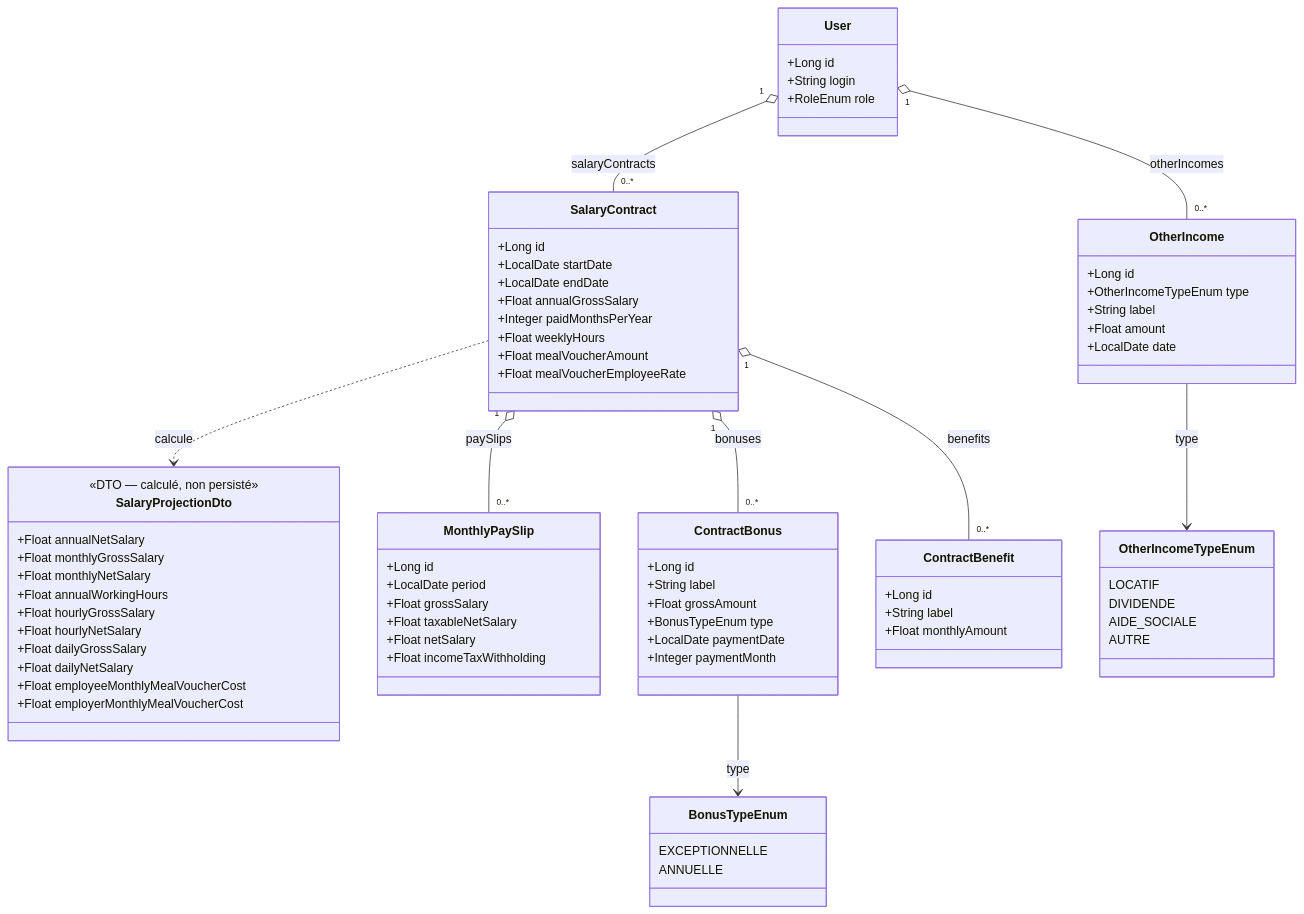
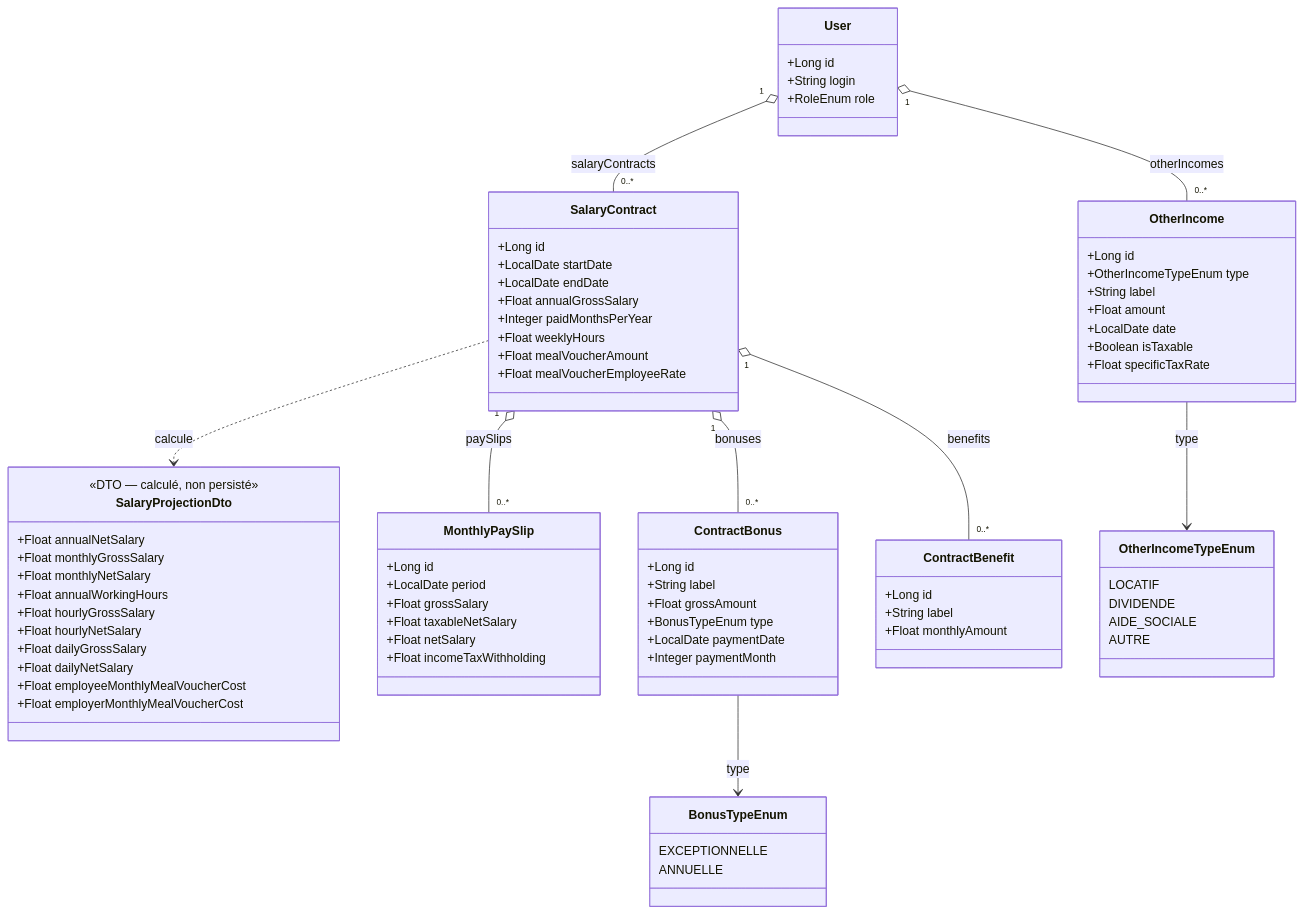
Before and after one commit to Neogost/MyFinance: the diagram in docs/architecture/salary.md, drawn with Mermaid. The commit also changed other lines of this file and 8 other files, not shown here.

````diff
--- a/docs/architecture/salary.md
+++ b/docs/architecture/salary.md
@@ -202,78 +204,80 @@
 ```mermaid
 classDiagram
     class SalaryContract {
         +Long id
         +LocalDate startDate
         +LocalDate endDate
         +Float annualGrossSalary
         +Integer paidMonthsPerYear
         +Float weeklyHours
         +Float mealVoucherAmount
         +Float mealVoucherEmployeeRate
     }
     class SalaryProjectionDto {
         <<DTO — calculé, non persisté>>
         +Float annualNetSalary
         +Float monthlyGrossSalary
         +Float monthlyNetSalary
         +Float annualWorkingHours
         +Float hourlyGrossSalary
         +Float hourlyNetSalary
         +Float dailyGrossSalary
         +Float dailyNetSalary
         +Float employeeMonthlyMealVoucherCost
         +Float employerMonthlyMealVoucherCost
     }
     class MonthlyPaySlip {
         +Long id
         +LocalDate period
         +Float grossSalary
         +Float taxableNetSalary
         +Float netSalary
         +Float incomeTaxWithholding
     }
     class ContractBonus {
         +Long id
         +String label
         +Float grossAmount
         +BonusTypeEnum type
         +LocalDate paymentDate
         +Integer paymentMonth
     }
     class BonusTypeEnum {
         EXCEPTIONNELLE
         ANNUELLE
     }
     class ContractBenefit {
         +Long id
         +String label
         +Float monthlyAmount
     }
     class OtherIncome {
         +Long id
         +OtherIncomeTypeEnum type
         +String label
         +Float amount
         +LocalDate date
+        +Boolean isTaxable
+        +Float specificTaxRate
     }
     class OtherIncomeTypeEnum {
         LOCATIF
         DIVIDENDE
         AIDE_SOCIALE
         AUTRE
     }
     class User {
         +Long id
         +String login
         +RoleEnum role
     }
 
     User "1" o-- "0..*" SalaryContract : salaryContracts
     SalaryContract ..> SalaryProjectionDto : calcule
     SalaryContract "1" o-- "0..*" MonthlyPaySlip : paySlips
     SalaryContract "1" o-- "0..*" ContractBonus : bonuses
     ContractBonus --> BonusTypeEnum : type
     SalaryContract "1" o-- "0..*" ContractBenefit : benefits
     User "1" o-- "0..*" OtherIncome : otherIncomes
     OtherIncome --> OtherIncomeTypeEnum : type
 ```
````
